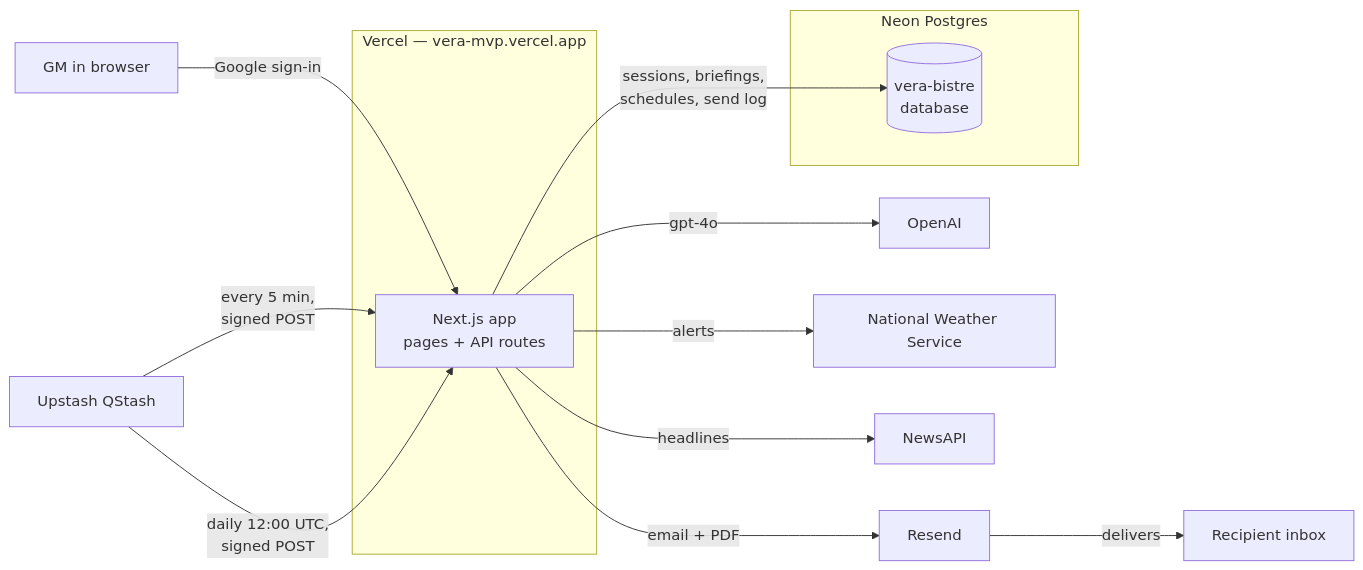
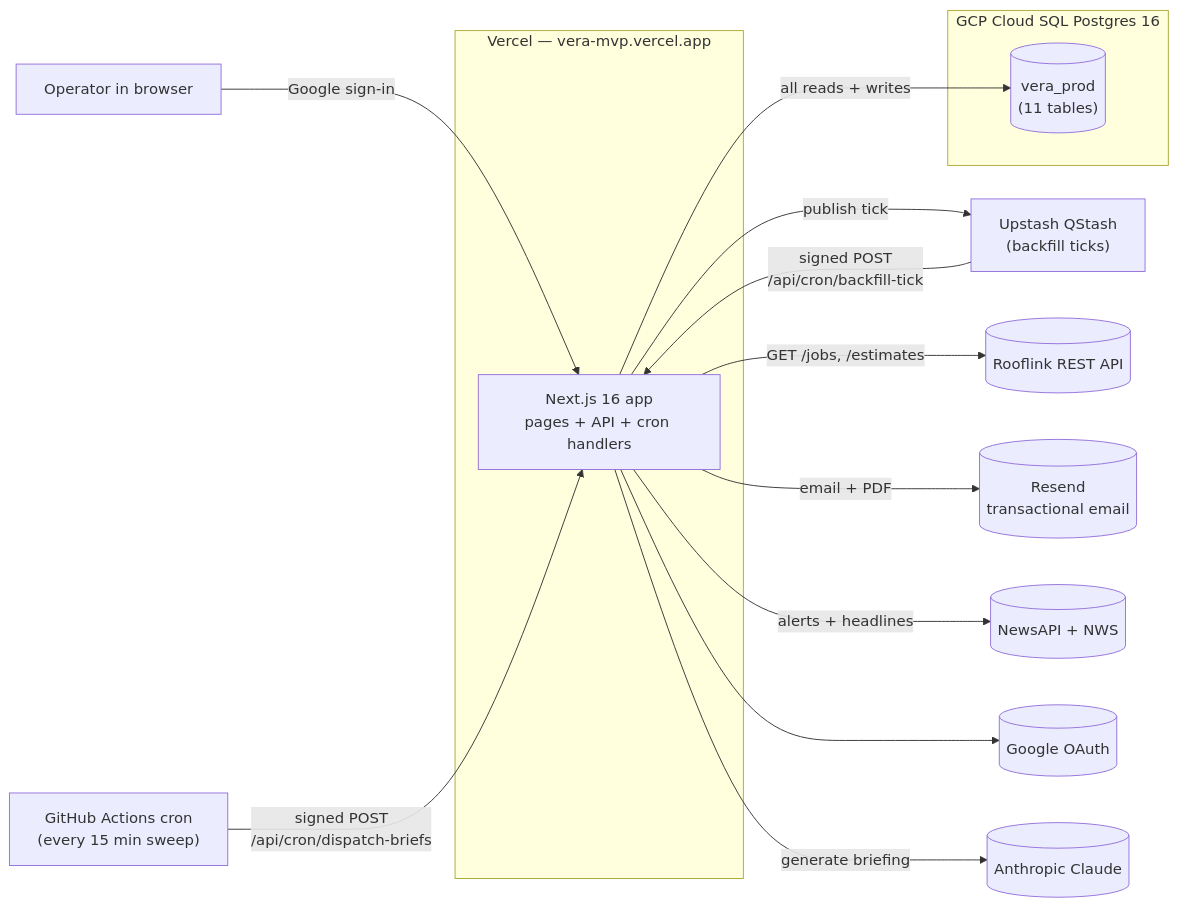
One commit to MakAnalyticsProjects/vera-mvp changed the diagram in docs/INFRASTRUCTURE.md. Above: the diagram before and after it, drawn with Mermaid. The commit also changed other lines of this file and 25 other files, not shown here.

````diff
--- a/docs/INFRASTRUCTURE.md
+++ b/docs/INFRASTRUCTURE.md
@@ -19,30 +12,33 @@
 ```mermaid
 flowchart LR
-    User[GM in browser]
-    QS[Upstash QStash]
+    User[Operator in browser]
 
     subgraph Vercel ["Vercel — vera-mvp.vercel.app"]
-      Web[Next.js app
-      pages + API routes]
+      Web["Next.js 16 app<br/>pages + API + cron handlers"]
     end
 
-    subgraph Neon ["Neon Postgres"]
-      DB[(vera-bistre
-      database)]
+    subgraph GCP ["GCP Cloud SQL Postgres 16"]
+      DB[("vera_prod<br/>(11 tables)")]
     end
 
+    GHA["GitHub Actions cron<br/>(every 15 min sweep)"]
+    QS["Upstash QStash<br/>(backfill ticks)"]
+
+    Rooflink[(Rooflink REST API)]
+    Resend[(Resend<br/>transactional email)]
+    NewsAPI[(NewsAPI + NWS)]
+    Google[(Google OAuth)]
+    Anthropic[(Anthropic Claude)]
+
     User -->|Google sign-in| Web
-    Web -->|sessions, briefings,
-    schedules, send log| DB
+    Web --> Google
+    Web -->|all reads + writes| DB
 
-    QS -->|every 5 min,
-    signed POST| Web
-    QS -->|daily 12:00 UTC,
-    signed POST| Web
-
-    Web -->|gpt-4o| OpenAI[OpenAI]
-    Web -->|alerts| NWS[National Weather Service]
-    Web -->|headlines| News[NewsAPI]
-    Web -->|email + PDF| Resend[Resend]
-    Resend -->|delivers| Inbox[Recipient inbox]
+    GHA -->|signed POST<br/>/api/cron/dispatch-briefs| Web
+    Web -->|publish tick| QS
+    QS -->|signed POST<br/>/api/cron/backfill-tick| Web
+    Web -->|GET /jobs, /estimates| Rooflink
+    Web -->|generate briefing| Anthropic
+    Web -->|alerts + headlines| NewsAPI
+    Web -->|email + PDF| Resend
 ```
````
